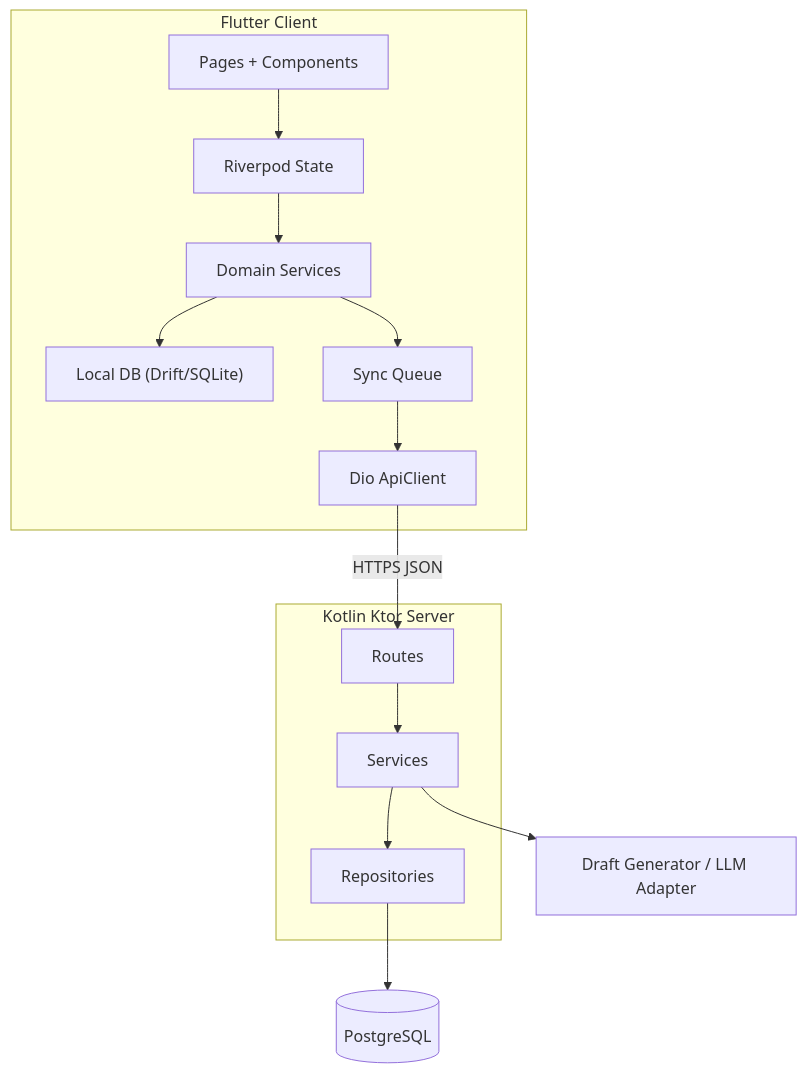
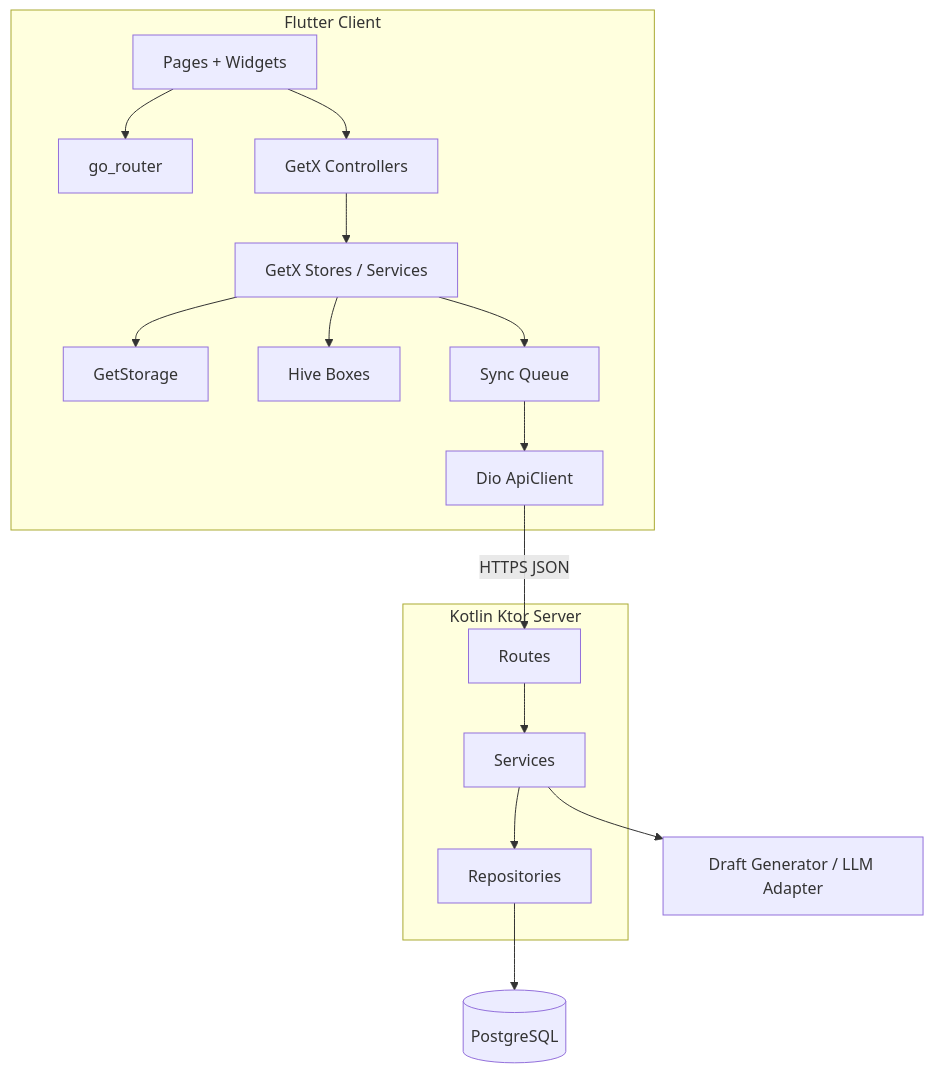
Before and after one commit to zh405557524/MakeCodePlanWord: the diagram in projects/执行力/02-技术方案/tech-plan.md, drawn with Mermaid. The commit also changed other lines of this file and 29 other files, not shown here.

````diff
--- a/projects/执行力/02-技术方案/tech-plan.md
+++ b/projects/执行力/02-技术方案/tech-plan.md
@@ -14,29 +15,32 @@
 ```mermaid
 flowchart TB
   subgraph client["Flutter Client"]
-    UI["Pages + Components"]
-    State["Riverpod State"]
-    Domain["Domain Services"]
-    Local["Local DB (Drift/SQLite)"]
+    UI["Pages + Widgets"]
+    Route["go_router"]
+    Controller["GetX Controllers"]
+    Store["GetX Stores / Services"]
+    Light["GetStorage"]
+    Local["Hive Boxes"]
     Sync["Sync Queue"]
     Api["Dio ApiClient"]
-    UI --> State --> Domain
-    Domain --> Local
-    Domain --> Sync
-    Sync --> Api
+    UI --> Route
+    UI --> Controller --> Store
+    Store --> Light
+    Store --> Local
+    Store --> Sync --> Api
   end
 
   subgraph server["Kotlin Ktor Server"]
     Routes["Routes"]
     Services["Services"]
     Repo["Repositories"]
     Routes --> Services --> Repo
   end
 
   DB[(PostgreSQL)]
   AI["Draft Generator / LLM Adapter"]
 
   Repo --> DB
   Services --> AI
   Api -->|HTTPS JSON| Routes
 ```
````
